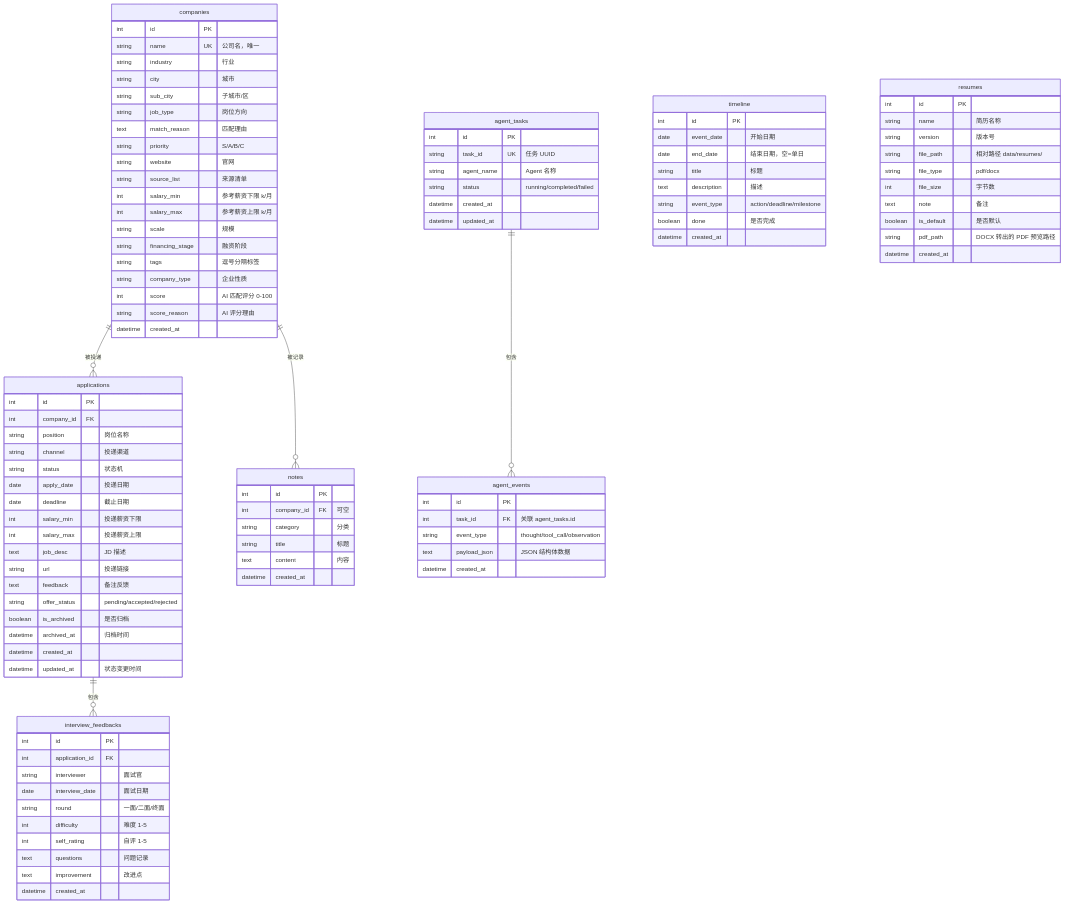
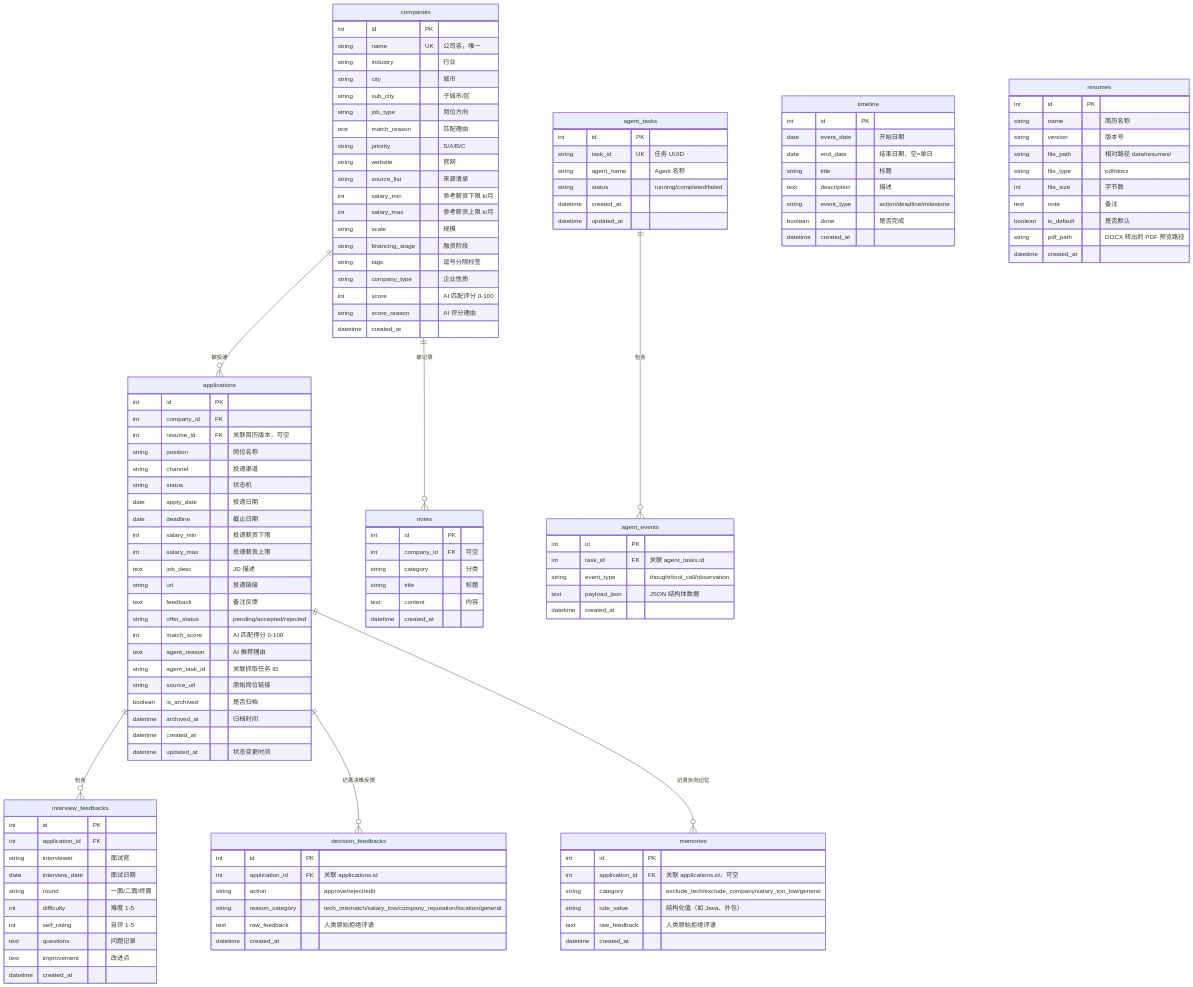
Before and after one commit to wangyh775/JHTracker: the first of 3 diagrams in docs/database.md, drawn with Mermaid. The commit also changed other lines of this file and 174 other files, not shown here.

````diff
--- a/docs/database.md
+++ b/docs/database.md
@@ -27,6 +29,8 @@
     companies ||--o{ notes : "被记录"
     applications ||--o{ interview_feedbacks : "包含"
     agent_tasks ||--o{ agent_events : "包含"
+    applications ||--o{ decision_feedbacks : "记录决策反馈"
+    applications ||--o{ memories : "记录负向记忆"
     agent_tasks {
         int id PK
         string task_id UK "任务 UUID"
@@ -66,6 +70,7 @@
     applications {
         int id PK
         int company_id FK
+        int resume_id FK "关联简历版本，可空"
         string position "岗位名称"
         string channel "投递渠道"
         string status "状态机"
@@ -77,6 +82,10 @@
         string url "投递链接"
         text feedback "备注反馈"
         string offer_status "pending/accepted/rejected"
+        int match_score "AI 匹配得分 0-100"
+        text agent_reason "AI 推荐理由"
+        string agent_task_id "关联抓取任务 ID"
+        string source_url "原始岗位链接"
         boolean is_archived "是否归档"
         datetime archived_at "归档时间"
         datetime created_at
@@ -124,4 +133,20 @@
         string pdf_path "DOCX 转出的 PDF 预览路径"
         datetime created_at
     }
+    decision_feedbacks {
+        int id PK
+        int application_id FK "关联 applications.id"
+        string action "approve/reject/edit"
+        string reason_category "tech_mismatch/salary_low/company_reputation/location/general"
+        text raw_feedback "人类原始拒绝评语"
+        datetime created_at
+    }
+    memories {
+        int id PK
+        int application_id FK "关联 applications.id，可空"
+        string category "exclude_tech/exclude_company/salary_too_low/general"
+        string rule_value "结构化值（如 Java、外包）"
+        text raw_feedback "人类原始拒绝评语"
+        datetime created_at
+    }
 ```
````
